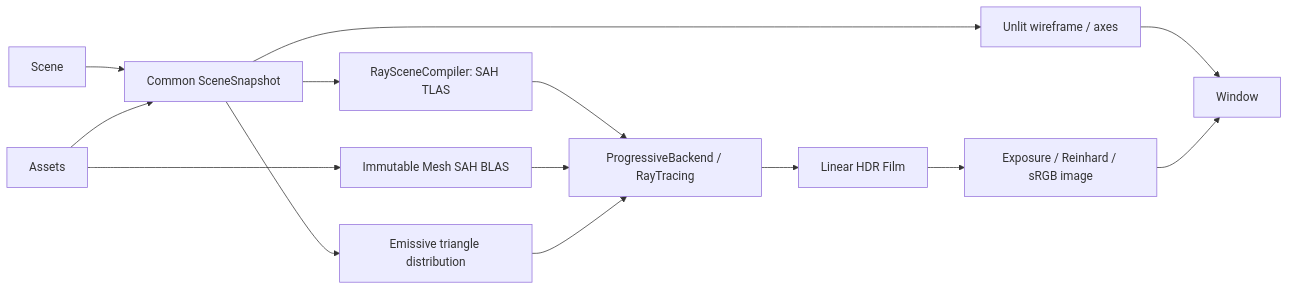
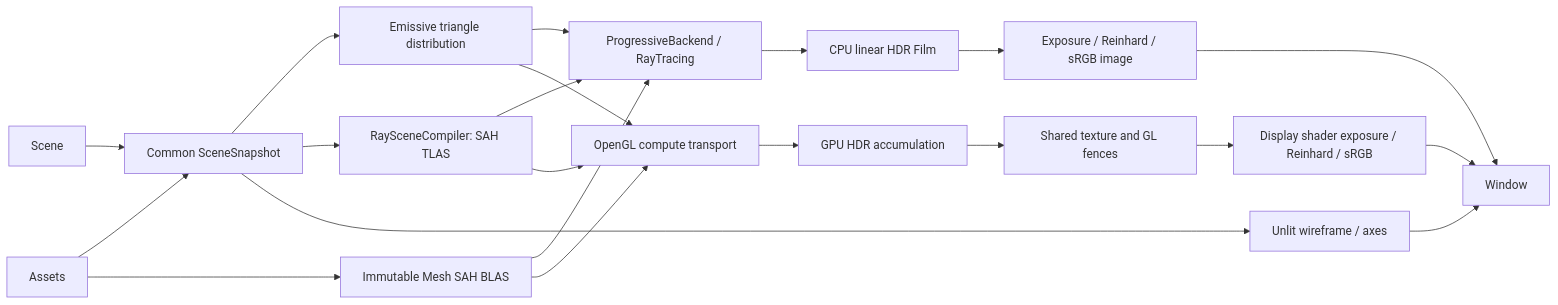
The diagram in docs/Architecture.md (SouPuppy/Jade), drawn with Mermaid before and after one commit. The commit also changed other lines of this file and 56 other files, not shown here.

````diff
--- a/docs/Architecture.md
+++ b/docs/Architecture.md
@@ -11,16 +11,23 @@
 ```mermaid
 flowchart LR
   Scene --> Snapshot[Common SceneSnapshot]
   Assets --> Snapshot
   Snapshot --> Emitters[Emissive triangle distribution]
   Snapshot --> Compiler[RaySceneCompiler: SAH TLAS]
   Assets --> BLAS[Immutable Mesh SAH BLAS]
   Compiler --> Ray[ProgressiveBackend / RayTracing]
   BLAS --> Ray
   Emitters --> Ray
-  Ray --> Film[Linear HDR Film]
+  Ray --> Film[CPU linear HDR Film]
+  Compiler --> GPU[OpenGL compute transport]
+  BLAS --> GPU
+  Emitters --> GPU
+  GPU --> Accumulation[GPU HDR accumulation]
+  Accumulation --> Shared[Shared texture and GL fences]
+  Shared --> GPUDisplay[Display shader exposure / Reinhard / sRGB]
+  GPUDisplay --> Window
   Film --> Display[Exposure / Reinhard / sRGB image]
   Snapshot --> Debug[Unlit wireframe / axes]
   Debug --> Window
   Display --> Window
 ```
````
